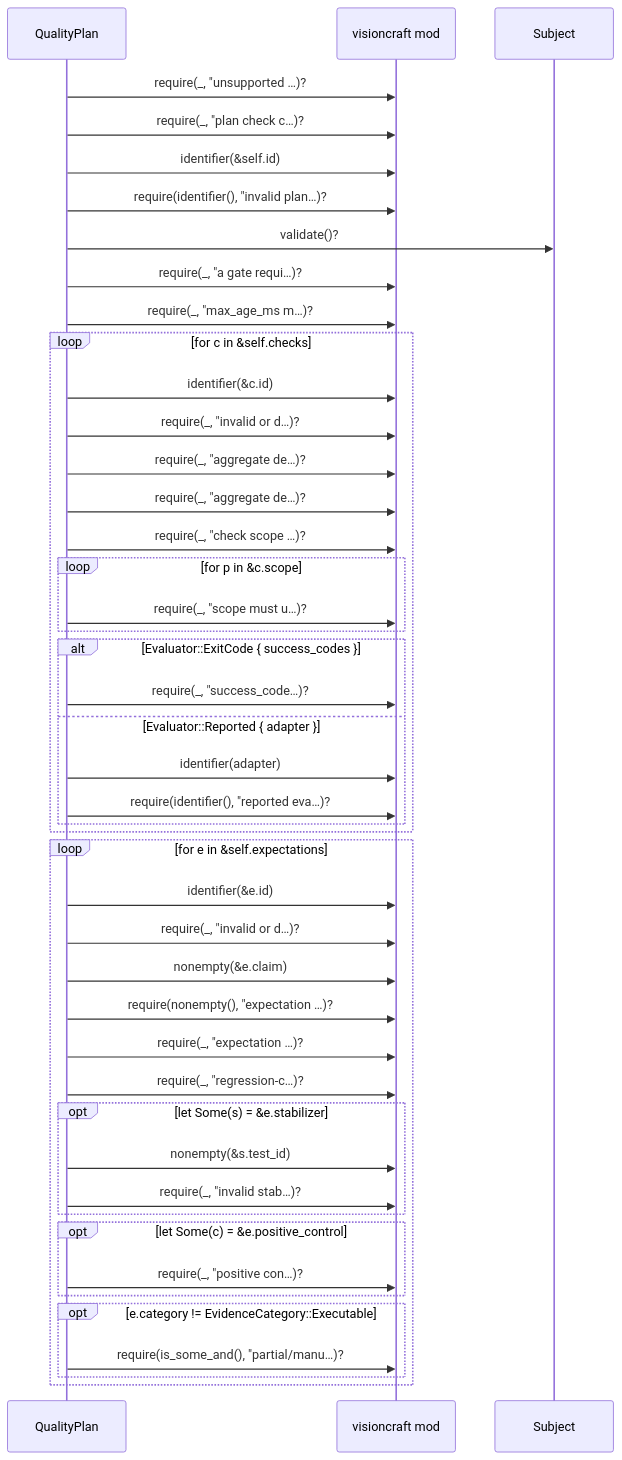
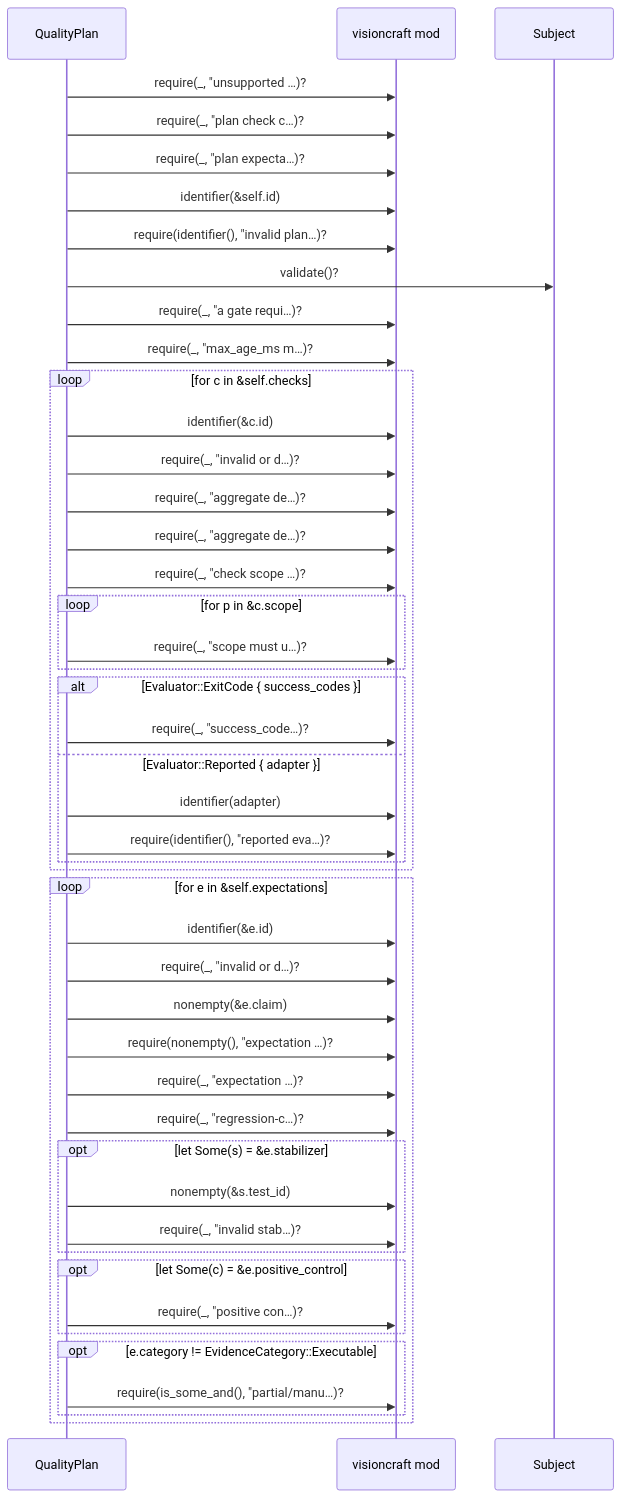
The fifth of 5 diagrams in docs/diagrams/generated/src/plan.rs.md (DreamLab-AI/visioncraft), drawn with Mermaid before and after one commit. The commit also changed other lines of this file and 4 other files, not shown here.

````diff
--- a/docs/diagrams/generated/src/plan.rs.md
+++ b/docs/diagrams/generated/src/plan.rs.md
@@ -166,47 +182,48 @@
 ```mermaid
 sequenceDiagram
   participant visioncraft__plan___tQualityPlan as QualityPlan
   participant visioncraft as visioncraft mod
   participant visioncraft__plan___tSubject as Subject
   visioncraft__plan___tQualityPlan->>visioncraft: require(_, #quot;unsupported …)?
   visioncraft__plan___tQualityPlan->>visioncraft: require(_, #quot;plan check c…)?
+  visioncraft__plan___tQualityPlan->>visioncraft: require(_, #quot;plan expecta…)?
   visioncraft__plan___tQualityPlan->>visioncraft: identifier(&self.id)
   visioncraft__plan___tQualityPlan->>visioncraft: require(identifier(), #quot;invalid plan…)?
   visioncraft__plan___tQualityPlan->>visioncraft__plan___tSubject: validate()?
   visioncraft__plan___tQualityPlan->>visioncraft: require(_, #quot;a gate requi…)?
   visioncraft__plan___tQualityPlan->>visioncraft: require(_, #quot;max_age_ms m…)?
   loop for c in &self.checks
     visioncraft__plan___tQualityPlan->>visioncraft: identifier(&c.id)
     visioncraft__plan___tQualityPlan->>visioncraft: require(_, #quot;invalid or d…)?
     visioncraft__plan___tQualityPlan->>visioncraft: require(_, #quot;aggregate de…)?
     visioncraft__plan___tQualityPlan->>visioncraft: require(_, #quot;aggregate de…)?
     visioncraft__plan___tQualityPlan->>visioncraft: require(_, #quot;check scope …)?
     loop for p in &c.scope
       visioncraft__plan___tQualityPlan->>visioncraft: require(_, #quot;scope must u…)?
     end
     alt Evaluator::ExitCode { success_codes }
       visioncraft__plan___tQualityPlan->>visioncraft: require(_, #quot;success_code…)?
     else Evaluator::Reported { adapter }
       visioncraft__plan___tQualityPlan->>visioncraft: identifier(adapter)
       visioncraft__plan___tQualityPlan->>visioncraft: require(identifier(), #quot;reported eva…)?
     end
   end
   loop for e in &self.expectations
     visioncraft__plan___tQualityPlan->>visioncraft: identifier(&e.id)
     visioncraft__plan___tQualityPlan->>visioncraft: require(_, #quot;invalid or d…)?
     visioncraft__plan___tQualityPlan->>visioncraft: nonempty(&e.claim)
     visioncraft__plan___tQualityPlan->>visioncraft: require(nonempty(), #quot;expectation …)?
     visioncraft__plan___tQualityPlan->>visioncraft: require(_, #quot;expectation …)?
     visioncraft__plan___tQualityPlan->>visioncraft: require(_, #quot;regression-c…)?
     opt let Some(s) = &e.stabilizer
       visioncraft__plan___tQualityPlan->>visioncraft: nonempty(&s.test_id)
       visioncraft__plan___tQualityPlan->>visioncraft: require(_, #quot;invalid stab…)?
     end
     opt let Some(c) = &e.positive_control
       visioncraft__plan___tQualityPlan->>visioncraft: require(_, #quot;positive con…)?
     end
     opt e.category != EvidenceCategory::Executable
       visioncraft__plan___tQualityPlan->>visioncraft: require(is_some_and(), #quot;partial/manu…)?
     end
   end
 ```
````
